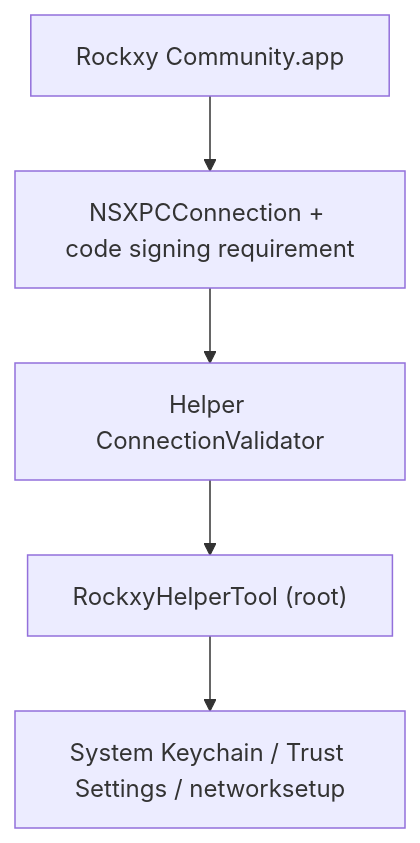
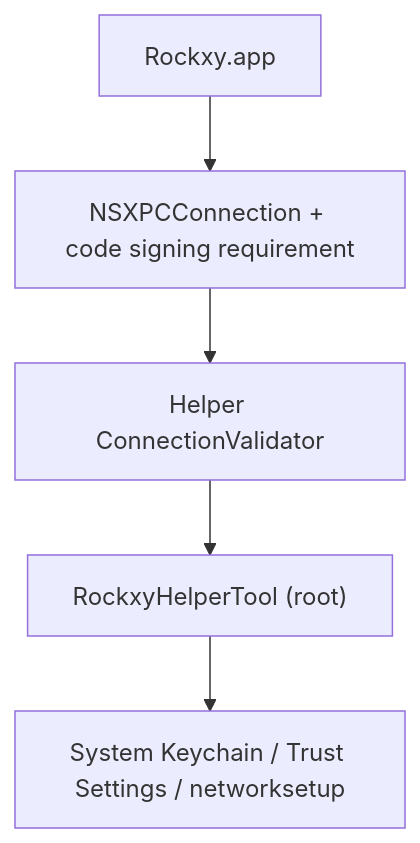
Before and after one commit to RockxyApp/Rockxy: the diagram in docs/development/security.mdx, drawn with Mermaid. The commit also changed 13 other files, not shown here.

````diff
--- a/docs/development/security.mdx
+++ b/docs/development/security.mdx
@@ -10,13 +10,13 @@
 ```mermaid
 flowchart TB
-    App["Rockxy Community.app"]
+    App["Rockxy.app"]
     XPC["NSXPCConnection + code signing requirement"]
     Validator["Helper ConnectionValidator"]
     Helper["RockxyHelperTool (root)"]
     Trust["System Keychain / Trust Settings / networksetup"]
 
     App --> XPC
     XPC --> Validator
     Validator --> Helper
     Helper --> Trust
 ```
````
